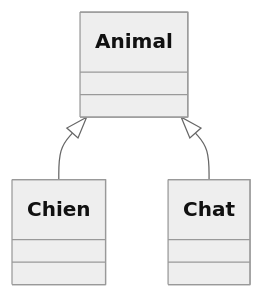
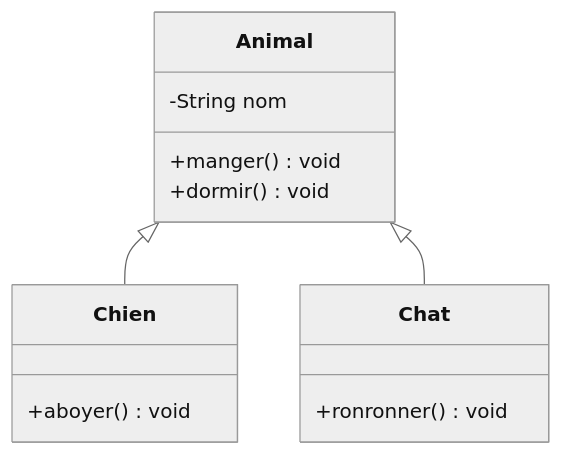
The sixth of 9 diagrams in 02-diagramme-classes/notes.md (JR-CIEL-2-PROGRAMMATION/uml-learning), drawn with Mermaid (neutral theme) before and after one commit. The commit also changed other lines of this file and 5 other files, not shown here.

````diff
--- a/02-diagramme-classes/notes.md
+++ b/02-diagramme-classes/notes.md
@@ -63,5 +130,16 @@
 ```mermaid
 classDiagram
+    class Animal {
+        -String nom
+        +manger() void
+        +dormir() void
+    }
+    class Chien {
+        +aboyer() void
+    }
+    class Chat {
+        +ronronner() void
+    }
     Animal <|-- Chien
     Animal <|-- Chat
 ```
````
